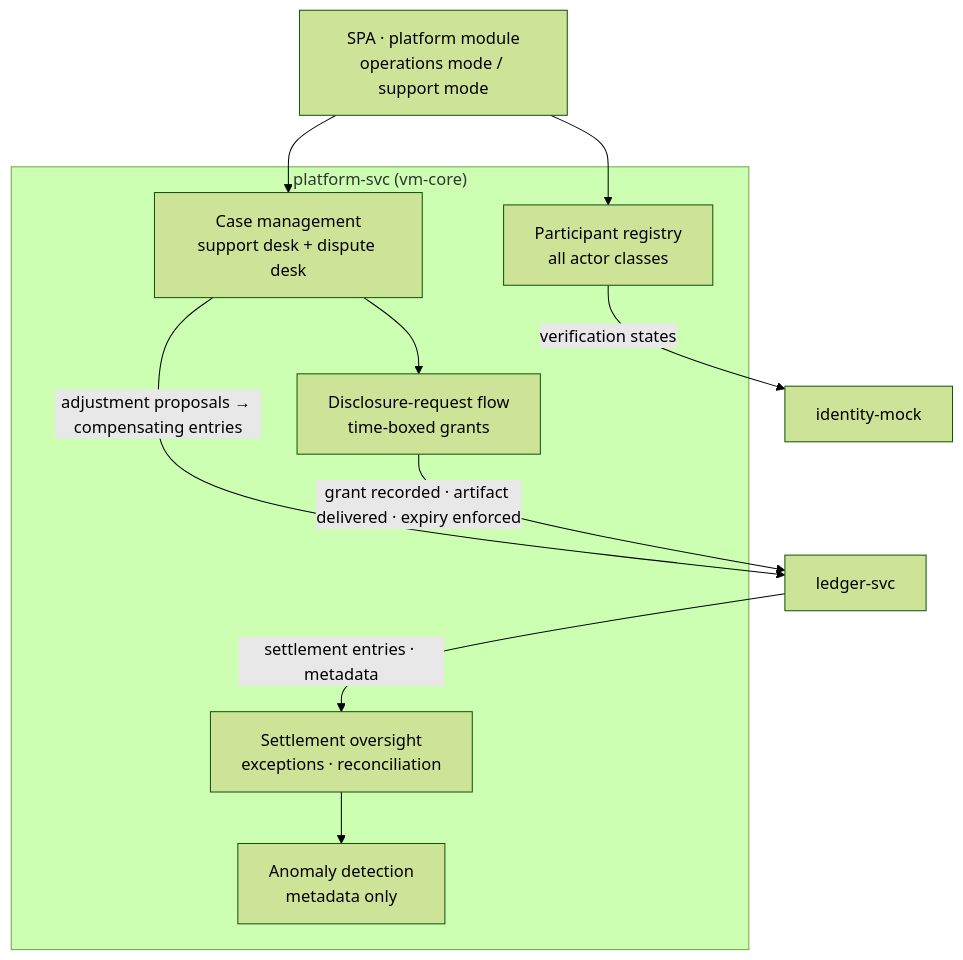
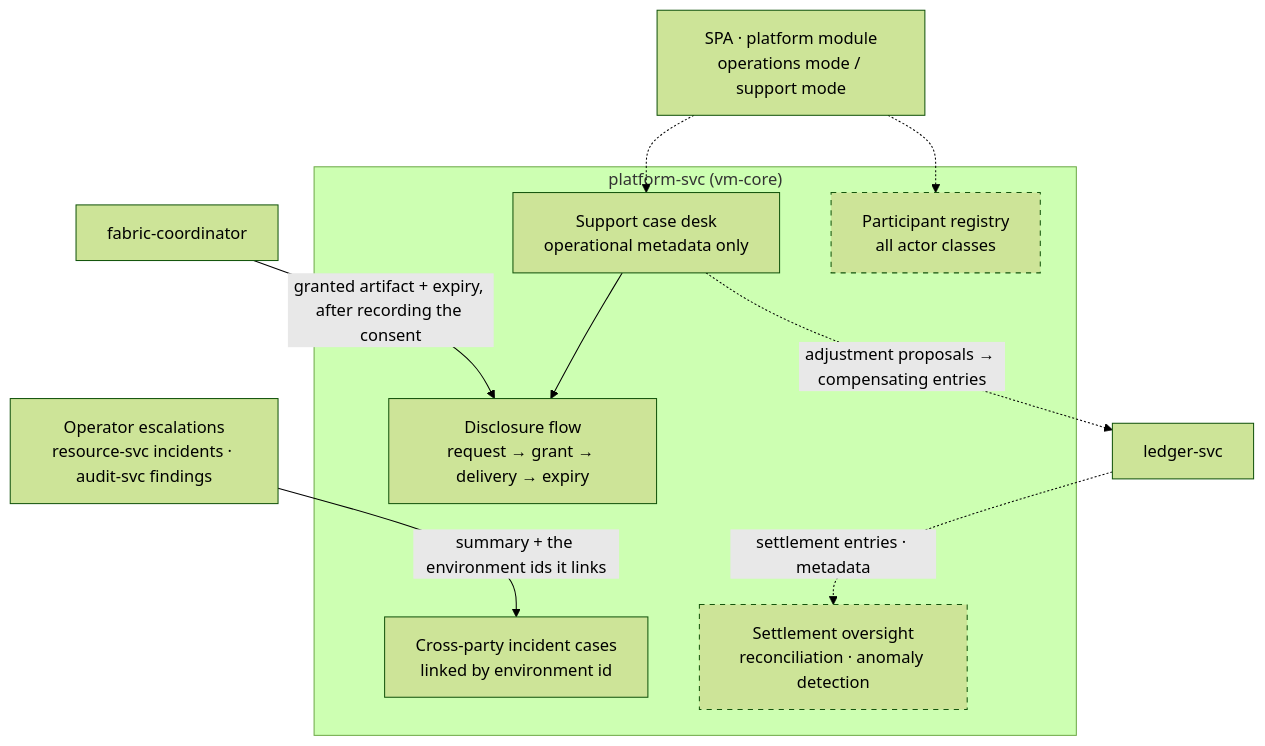
One commit to alius-git/amisad.dev changed the diagram in plan/design/07-platform.md. Above: the diagram before and after it, drawn with Mermaid (forest theme). The commit also changed other lines of this file and 19 other files, not shown here.

````diff
--- a/plan/design/07-platform.md
+++ b/plan/design/07-platform.md
@@ -7,22 +7,25 @@
 ```mermaid
 flowchart TD
     subgraph svc["platform-svc (vm-core)"]
+        incidents["Cross-party incident cases<br/>linked by environment id"]
+        cases["Support case desk<br/>operational metadata only"]
+        disclosure["Disclosure flow<br/>request → grant → delivery → expiry"]
         registry["Participant registry<br/>all actor classes"]
-        oversight["Settlement oversight<br/>exceptions · reconciliation"]
-        anomaly["Anomaly detection<br/>metadata only"]
-        cases["Case management<br/>support desk + dispute desk"]
-        disclosure["Disclosure-request flow<br/>time-boxed grants"]
+        oversight["Settlement oversight<br/>reconciliation · anomaly detection"]
     end
+    escalations["Operator escalations<br/>resource-svc incidents · audit-svc findings"]
     spa["SPA · platform module<br/>operations mode / support mode"]
-    identity["identity-mock"]
+    coordinator["fabric-coordinator"]
     ledger["ledger-svc"]
 
-    spa --> registry
-    spa --> cases
-    registry -->|"verification states"| identity
-    ledger -->|"settlement entries · metadata"| oversight
-    oversight --> anomaly
-    cases -->|"adjustment proposals → compensating entries"| ledger
+    spa -.-> registry
+    spa -.-> cases
+    escalations -->|"summary + the environment ids it links"| incidents
     cases --> disclosure
-    disclosure -->|"grant recorded · artifact delivered · expiry enforced"| ledger
+    coordinator -->|"granted artifact + expiry, after recording the consent"| disclosure
+    ledger -.->|"settlement entries · metadata"| oversight
+    cases -.->|"adjustment proposals → compensating entries"| ledger
+
+    classDef planned stroke-dasharray: 5 5
+    class registry,oversight planned
 ```
````
